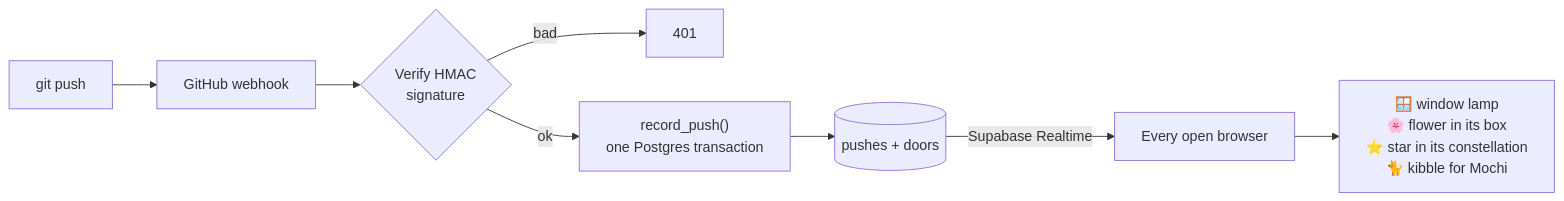
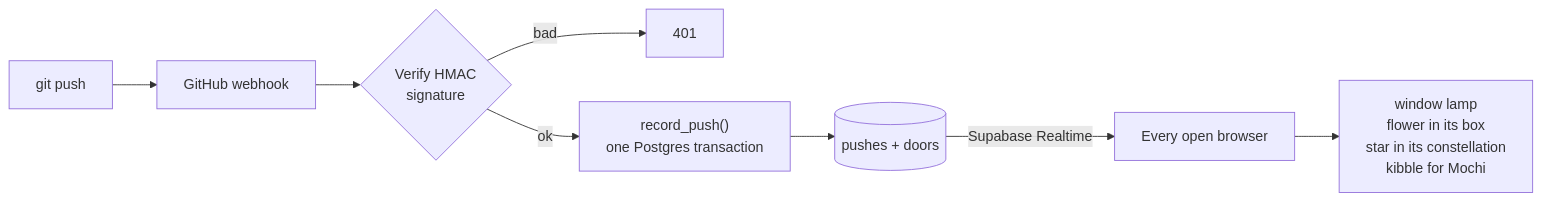
Before and after one commit to iivanhaj/advent-birthday: the diagram in README.md, drawn with Mermaid. The commit also changed other lines of this file and 4 other files, not shown here.

````diff
--- a/README.md
+++ b/README.md
@@ -258,10 +279,10 @@
 ```mermaid
 flowchart LR
   A["git push"] --> B["GitHub webhook"]
   B --> C{"Verify HMAC<br/>signature"}
   C -- "bad" --> X["401"]
   C -- "ok" --> D["record_push()<br/>one Postgres transaction"]
   D --> E[("pushes + doors")]
   E -- "Supabase Realtime" --> F["Every open browser"]
-  F --> G["🪟 window lamp<br/>🌸 flower in its box<br/>⭐ star in its constellation<br/>🐈 kibble for Mochi"]
+  F --> G["window lamp<br/>flower in its box<br/>star in its constellation<br/>kibble for Mochi"]
 ```
````
